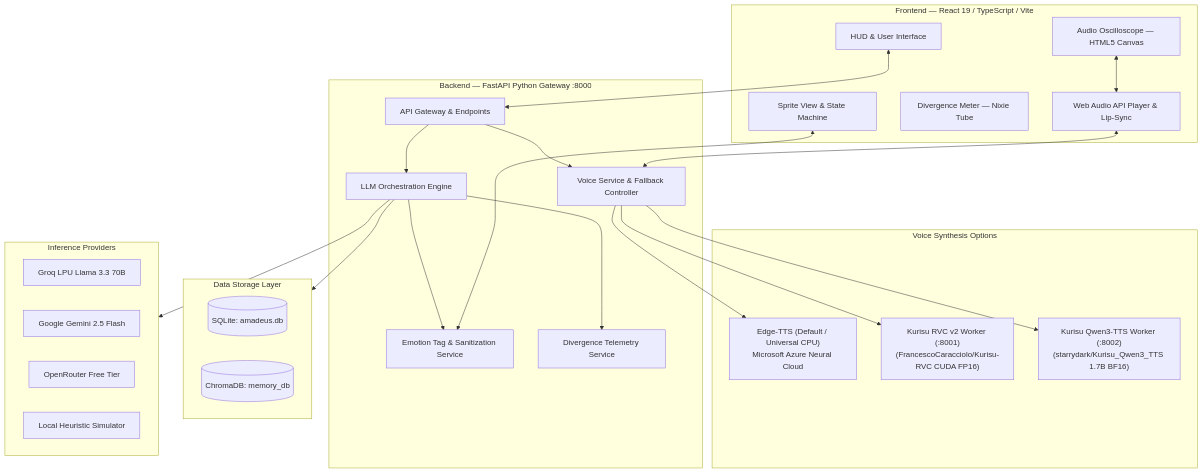
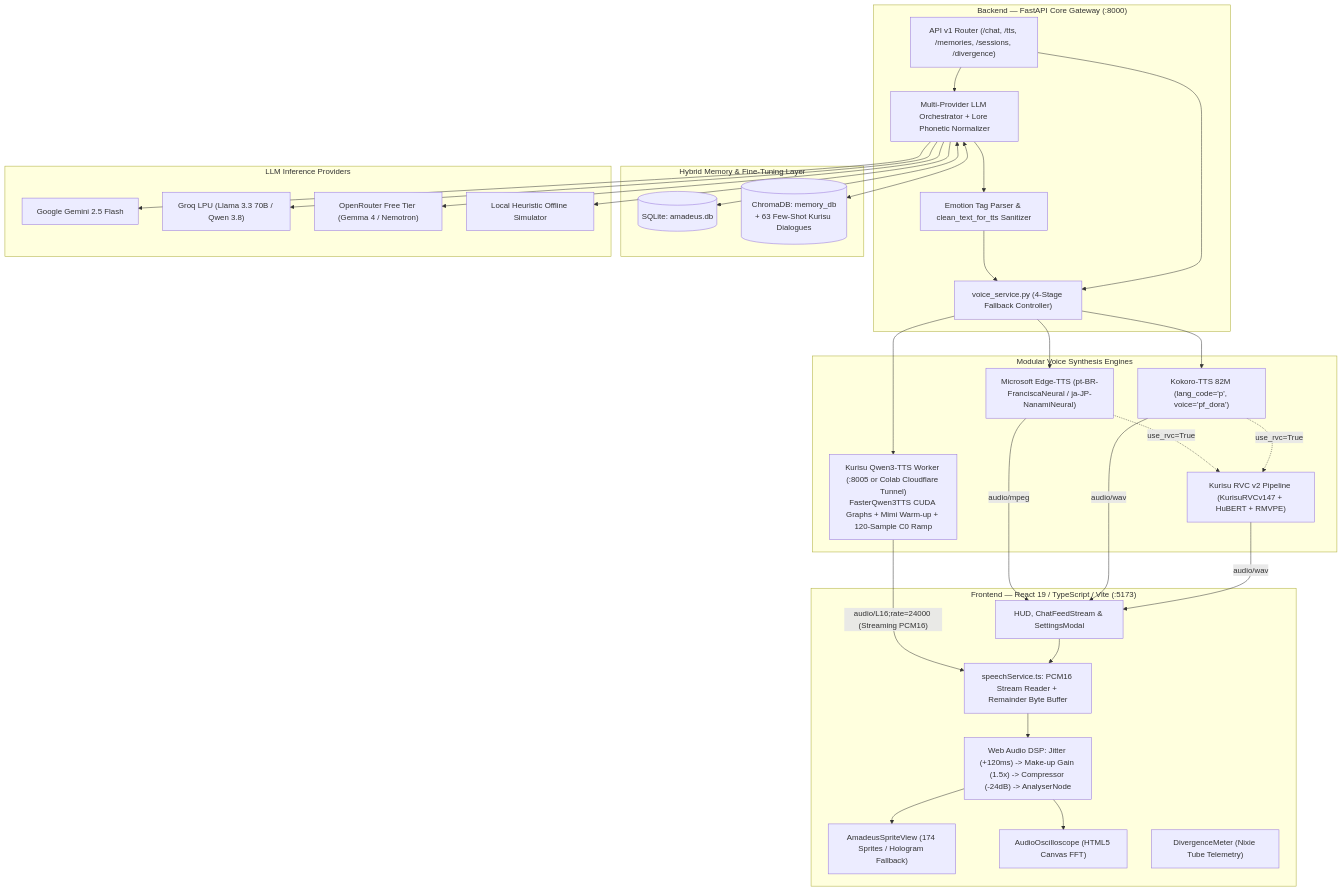
One commit to lucca3447/Kurisynth changed the diagram in README.md. Above: the diagram before and after it, drawn with Mermaid. The commit also changed other lines of this file and 7 other files, not shown here.

````diff
--- a/README.md
+++ b/README.md
@@ -51,50 +54,61 @@
 ```mermaid
 flowchart TD
-    subgraph Client [Frontend — React 19 / TypeScript / Vite]
-        UI[HUD & User Interface]
-        SpriteEngine[Sprite View & State Machine]
-        Oscilloscope[Audio Oscilloscope — HTML5 Canvas]
-        NixieMeter[Divergence Meter — Nixie Tube]
-        SpeechClient[Web Audio API Player & Lip-Sync]
+    subgraph Client["Frontend — React 19 / TypeScript / Vite (:5173)"]
+        UI["HUD, ChatFeedStream & SettingsModal"]
+        SpriteEngine["AmadeusSpriteView (174 Sprites / Hologram Fallback)"]
+        Oscilloscope["AudioOscilloscope (HTML5 Canvas FFT)"]
+        NixieMeter["DivergenceMeter (Nixie Tube Telemetry)"]
+        Reader["speechService.ts: PCM16 Stream Reader + Remainder Byte Buffer"]
+        DSP["Web Audio DSP: Jitter (+120ms) -> Make-up Gain (1.5x) -> Compressor (-24dB) -> AnalyserNode"]
+        UI --> Reader
+        Reader --> DSP
+        DSP --> SpriteEngine
+        DSP --> Oscilloscope
     end
 
-    subgraph Server [Backend — FastAPI Python Gateway :8000]
-        Router[API Gateway & Endpoints]
-        Orchestrator[LLM Orchestration Engine]
-        EmotionParser[Emotion Tag & Sanitization Service]
-        DivergenceService[Divergence Telemetry Service]
-        VoiceManager[Voice Service & Fallback Controller]
+    subgraph Server["Backend — FastAPI Core Gateway (:8000)"]
+        Router["API v1 Router (/chat, /tts, /memories, /sessions, /divergence)"]
+        Orchestrator["Multi-Provider LLM Orchestrator + Lore Phonetic Normalizer"]
+        EmotionParser["Emotion Tag Parser & clean_text_for_tts Sanitizer"]
+        VoiceManager["voice_service.py (4-Stage Fallback Controller)"]
+        Router --> Orchestrator
+        Router --> VoiceManager
+        Orchestrator --> EmotionParser
+        EmotionParser --> VoiceManager
     end
 
-    subgraph VoiceEngines [Voice Synthesis Options]
-        EdgeTTS["Edge-TTS (Default / Universal CPU)<br/>Microsoft Azure Neural Cloud"]
-        RVCWorker["Kurisu RVC v2 Worker (:8001)<br/>(FrancescoCaracciolo/Kurisu-RVC CUDA FP16)"]
-        QwenWorker["Kurisu Qwen3-TTS Worker (:8002)<br/>(starrydark/Kurisu_Qwen3_TTS 1.7B BF16)"]
+    subgraph VoiceEngines["Modular Voice Synthesis Engines"]
+        QwenWorker["Kurisu Qwen3-TTS Worker (:8005 or Colab Cloudflare Tunnel)<br/>FasterQwen3TTS CUDA Graphs + Mimi Warm-up + 120-Sample C0 Ramp"]
+        KokoroEngine["Kokoro-TTS 82M (lang_code='p', voice='pf_dora')"]
+        EdgeTTS["Microsoft Edge-TTS (pt-BR-FranciscaNeural / ja-JP-NanamiNeural)"]
+        RVCWorker["Kurisu RVC v2 Pipeline (KurisuRVCv147 + HuBERT + RMVPE)"]
+        VoiceManager --> QwenWorker
+        VoiceManager --> KokoroEngine
+        VoiceManager --> EdgeTTS
+        KokoroEngine -. "use_rvc=True" .-> RVCWorker
+        EdgeTTS -. "use_rvc=True" .-> RVCWorker
     end
 
-    subgraph Persistence [Data Storage Layer]
-        SQLite[(SQLite: amadeus.db)]
-        ChromaDB[(ChromaDB: memory_db)]
+    subgraph Persistence["Hybrid Memory & Fine-Tuning Layer"]
+        SQLite[("SQLite: amadeus.db")]
+        ChromaDB[("ChromaDB: memory_db<br/>+ 63 Few-Shot Kurisu Dialogues")]
     end
 
-    subgraph ExternalLLMs [Inference Providers]
-        Groq[Groq LPU Llama 3.3 70B]
-        Gemini[Google Gemini 2.5 Flash]
-        OpenRouter[OpenRouter Free Tier]
-        OfflineSim[Local Heuristic Simulator]
+    subgraph ExternalLLMs["LLM Inference Providers"]
+        Gemini["Google Gemini 2.5 Flash"]
+        Groq["Groq LPU (Llama 3.3 70B / Qwen 3.8)"]
+        OpenRouter["OpenRouter Free Tier (Gemma 4 / Nemotron)"]
+        OfflineSim["Local Heuristic Offline Simulator"]
     end
 
-    UI <--> Router
-    Router --> Orchestrator
-    Router --> VoiceManager
-    Orchestrator --> Persistence
-    Orchestrator --> EmotionParser
-    Orchestrator --> DivergenceService
-    Orchestrator --> ExternalLLMs
-    VoiceManager --> EdgeTTS
-    VoiceManager --> RVCWorker
-    VoiceManager --> QwenWorker
-    SpeechClient <--> VoiceManager
-    SpriteEngine <--> EmotionParser
-    Oscilloscope <--> SpeechClient
+    Orchestrator <--> SQLite
+    Orchestrator <--> ChromaDB
+    Orchestrator --> Gemini
+    Orchestrator --> Groq
+    Orchestrator --> OpenRouter
+    Orchestrator --> OfflineSim
+    QwenWorker -- "audio/L16;rate=24000 (Streaming PCM16)" --> Reader
+    RVCWorker -- "audio/wav" --> UI
+    KokoroEngine -- "audio/wav" --> UI
+    EdgeTTS -- "audio/mpeg" --> UI
 ```
````
